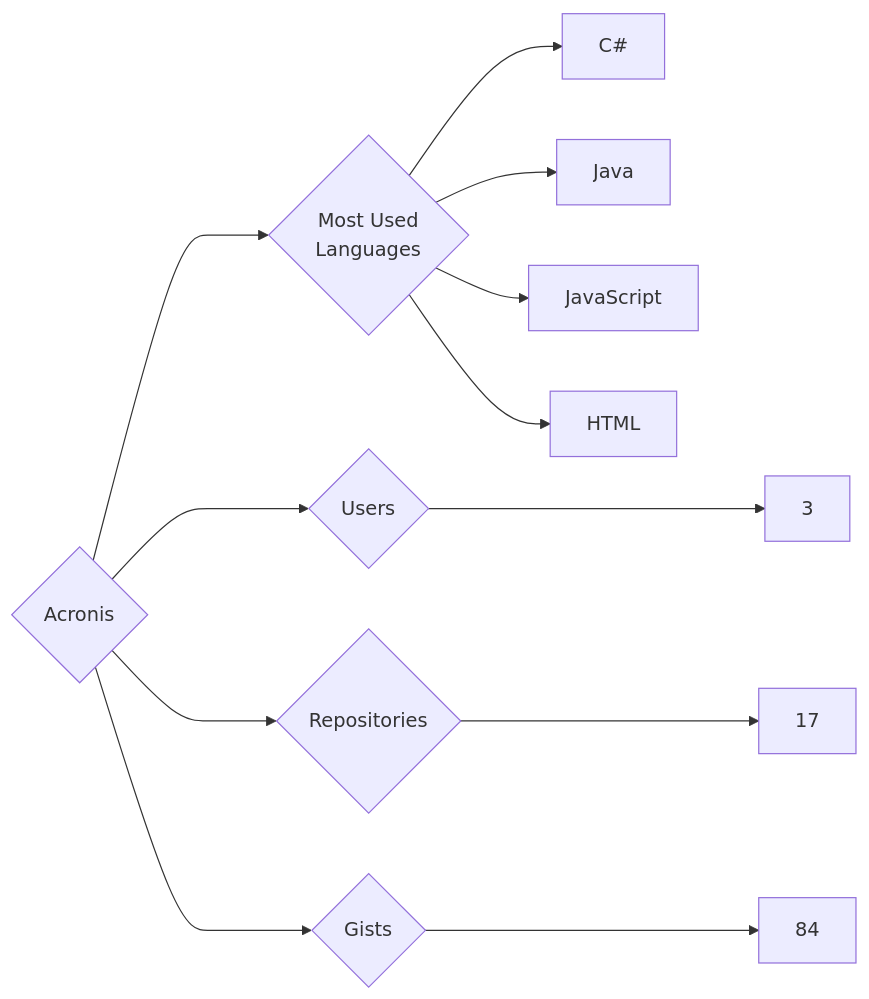
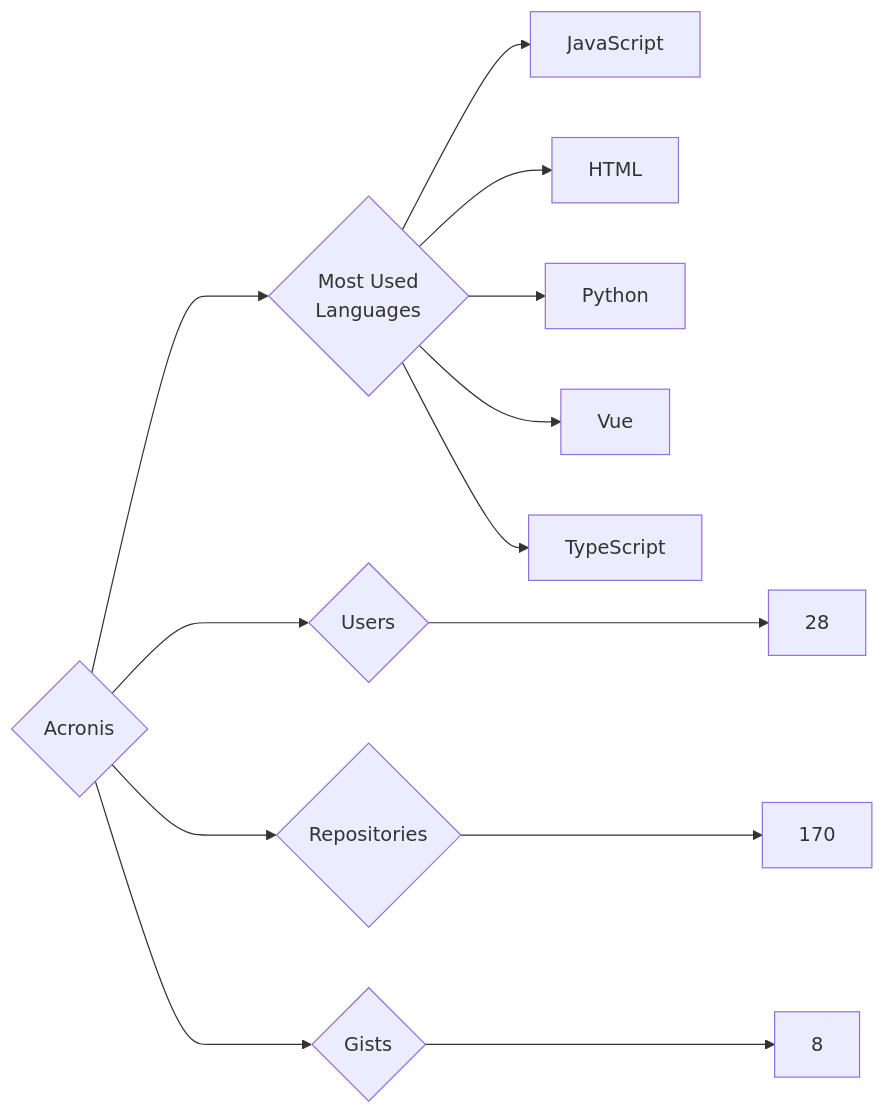
Before and after one commit to trickest/insiders: the diagram in targets/Acronis/README.md, drawn with Mermaid. The commit also changed 594 other files, not shown here.

````diff
--- a/targets/Acronis/README.md
+++ b/targets/Acronis/README.md
@@ -3,12 +3,13 @@
 ```mermaid
 graph LR
 COMPANY_NAME{Acronis}
-COMPANY_NAME ---> U{Users} ---> UN[3]
-COMPANY_NAME ---> R{Repositories} ---> RN[17]
-COMPANY_NAME ---> G{Gists} ---> GN[84]
+COMPANY_NAME ---> U{Users} ---> UN[28]
+COMPANY_NAME ---> R{Repositories} ---> RN[170]
+COMPANY_NAME ---> G{Gists} ---> GN[8]
 COMPANY_NAME ---> ML{Most Used<br>Languages}
-ML --> C#[C#]
-ML --> Java[Java]
 ML --> JavaScript[JavaScript]
 ML --> HTML[HTML]
+ML --> Python[Python]
+ML --> Vue[Vue]
+ML --> TypeScript[TypeScript]
 ```
````
